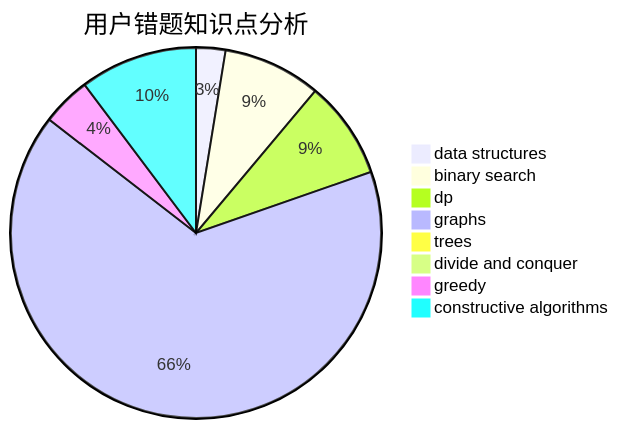
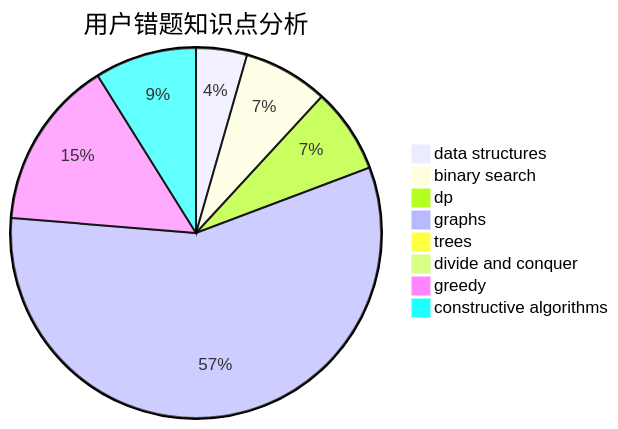
The third of 3 diagrams in docs/user/u2274.md (sherpahu/cfrs.github.io), drawn with Mermaid before and after one commit. The commit also changed other lines of this file and 2770 other files, not shown here.

````diff
--- a/docs/user/u2274.md
+++ b/docs/user/u2274.md
@@ -36,11 +36,11 @@
 ```mermaid
 pie title 用户错题知识点分析
-    "data structures" :  3
+    "data structures" :  6
     "binary search" :  10
     "dp" :  10
     "graphs" :  77
     "trees" :  0
     "divide and conquer" :  0
-    "greedy" :  5
+    "greedy" :  20
     "constructive algorithms" :  12
 ```
````
